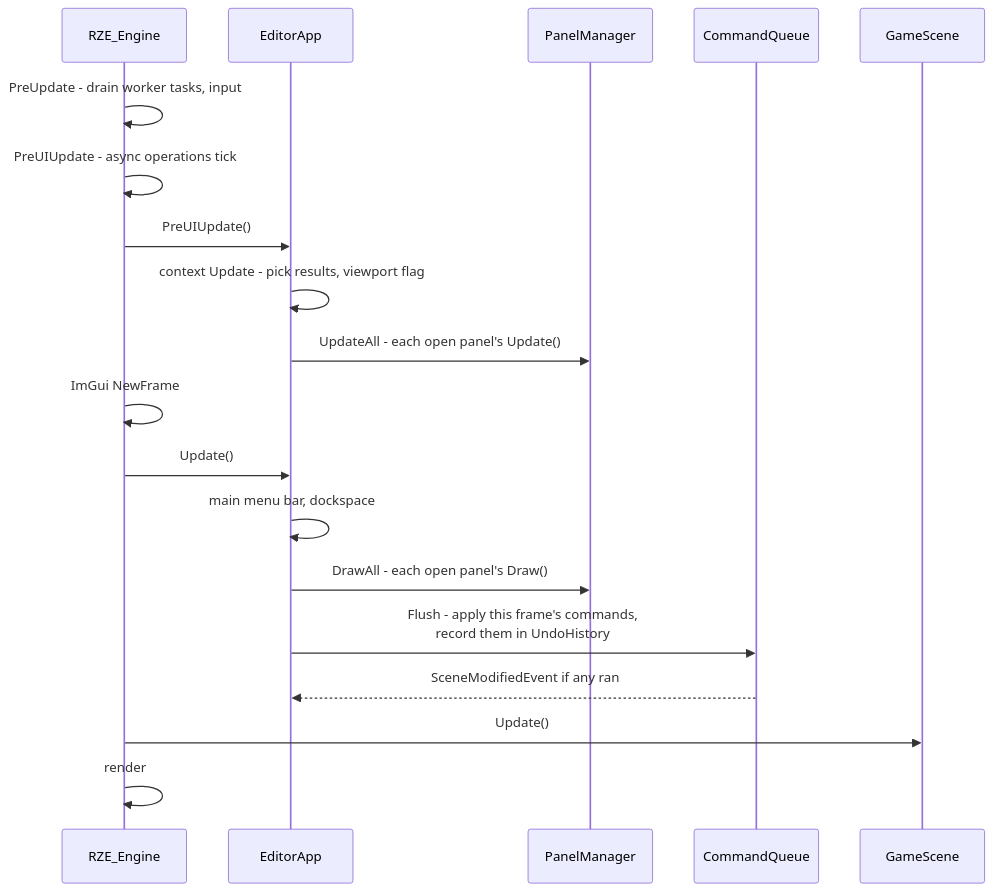
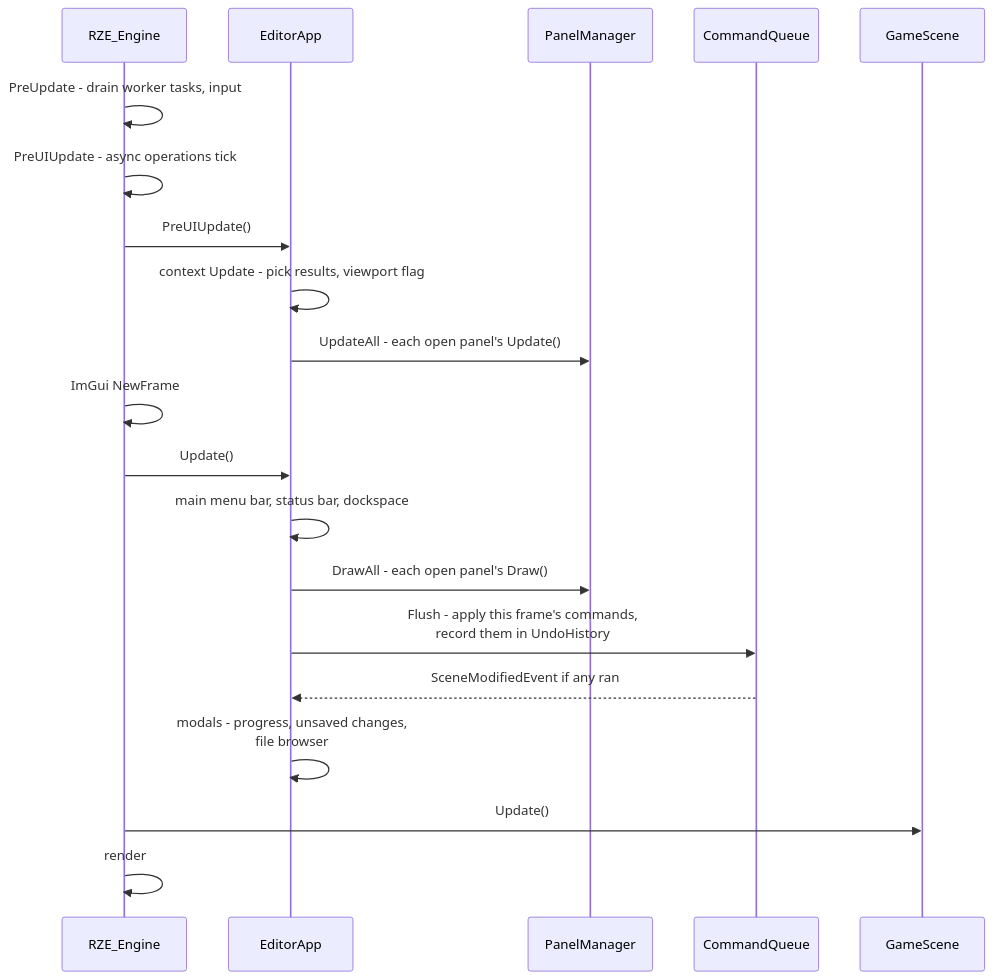
One commit to b1nary0/RZE changed the second of 3 diagrams in Docs/Generated/Engine/07-Editor/Editor-Framework.md. Above: the diagram before and after it, drawn with Mermaid. The commit also changed other lines of this file and 22 other files, not shown here.

````diff
--- a/Docs/Generated/Engine/07-Editor/Editor-Framework.md
+++ b/Docs/Generated/Engine/07-Editor/Editor-Framework.md
@@ -92,22 +96,23 @@
 ```mermaid
 %%{init: {'flowchart': {'subGraphTitleMargin': {'top': 6, 'bottom': 10}}, 'themeCSS': '.labelBkg, .edgeLabel { background-color: var(--background-primary) !important; } .messageText, .labelText, .loopText { paint-order: stroke; stroke: var(--background-primary); stroke-width: 5px; stroke-linejoin: round; }'}}%%
 sequenceDiagram
     participant Eng as RZE_Engine
     participant App as EditorApp
     participant PM as PanelManager
     participant Q as CommandQueue
     participant Scene as GameScene
     Eng->>Eng: PreUpdate - drain worker tasks, input
     Eng->>Eng: PreUIUpdate - async operations tick
     Eng->>App: PreUIUpdate()
     App->>App: context Update - pick results, viewport flag
     App->>PM: UpdateAll - each open panel's Update()
     Eng->>Eng: ImGui NewFrame
     Eng->>App: Update()
-    App->>App: main menu bar, dockspace
+    App->>App: main menu bar, status bar, dockspace
     App->>PM: DrawAll - each open panel's Draw()
     App->>Q: Flush - apply this frame's commands,<br/>record them in UndoHistory
     Q-->>App: SceneModifiedEvent if any ran
+    App->>App: modals - progress, unsaved changes,<br/>file browser
     Eng->>Scene: Update()
     Eng->>Eng: render
 ```
````
